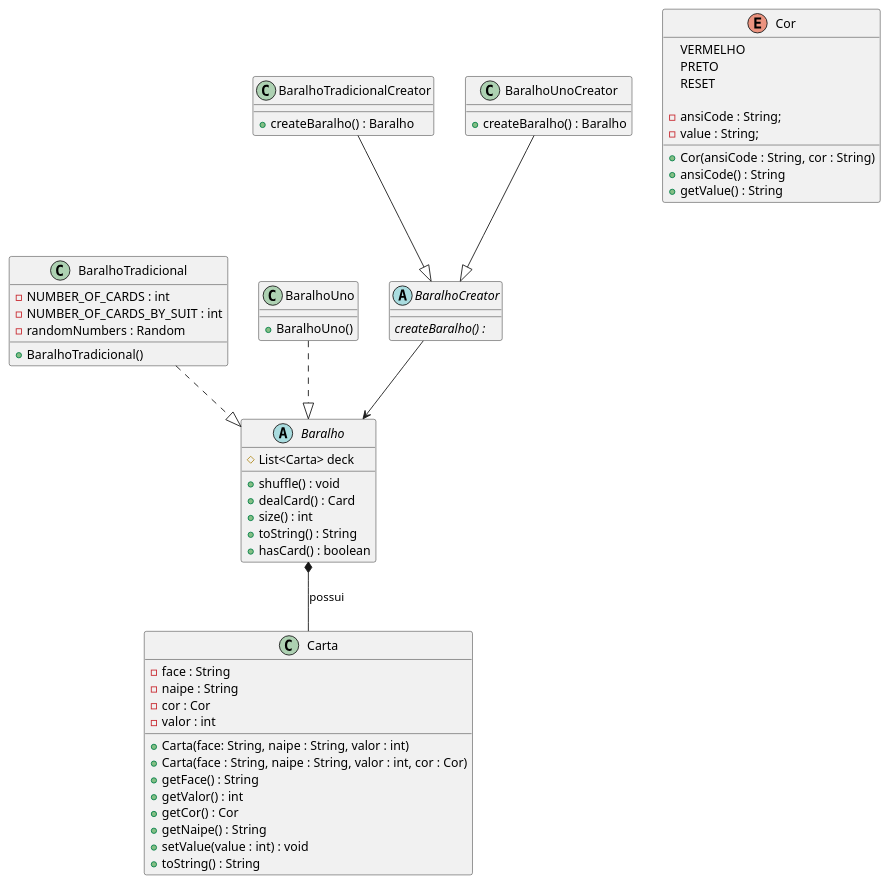
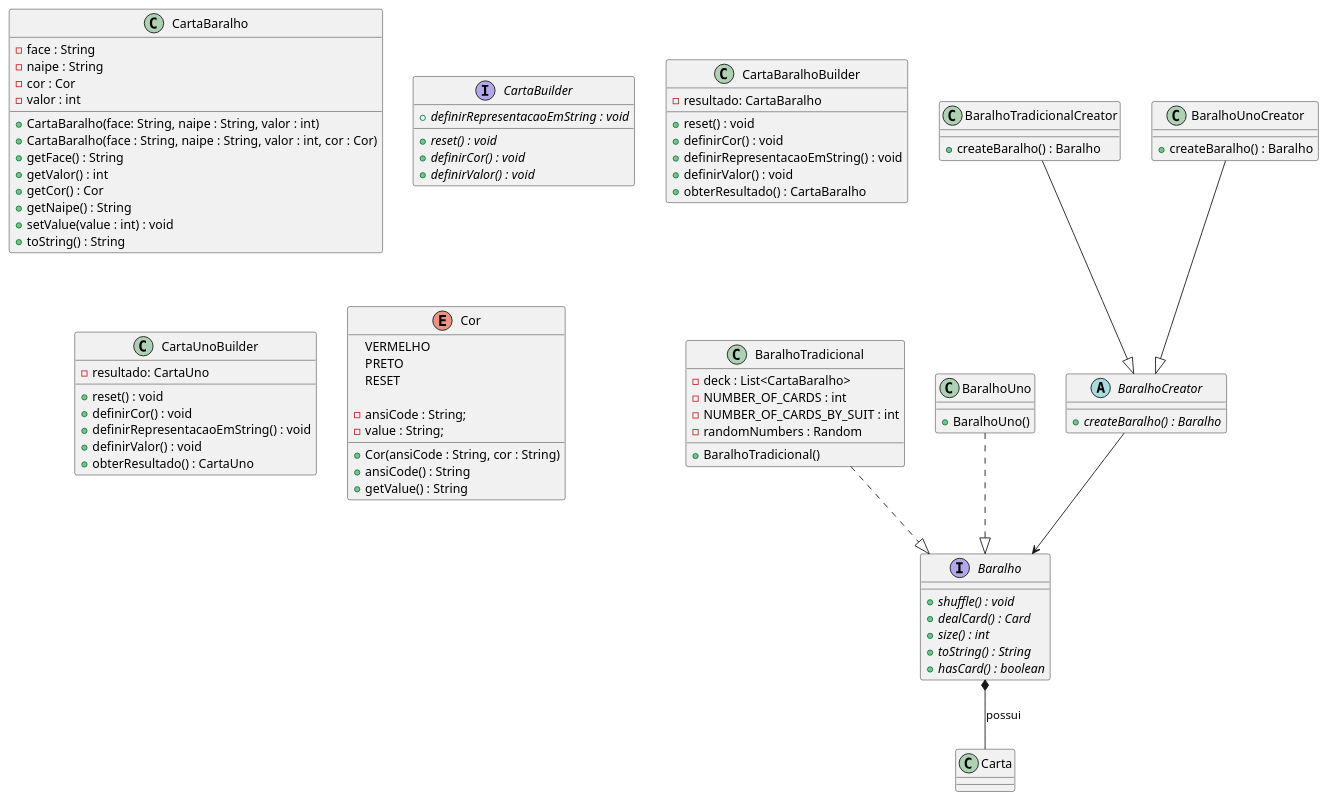
Before and after one commit to yagocdj/Segunda-colaborativa-padroes: the diagram in docs/diagrama_com_factory.plantuml, drawn with PlantUML. The commit also changed 1 other file, not shown here.

Commit message:
feat: progredindo na criação do diagrama (implementando o padrão builder)

```diff
--- a/docs/diagrama_com_factory.plantuml
+++ b/docs/diagrama_com_factory.plantuml
@@ -1,89 +1,114 @@
 @startuml diagrama_com_factory
 
 '--------- Produto ---------------
-abstract class Baralho {
-    # List<Carta> deck
-
-    + shuffle() : void
-    + dealCard() : Card
-    + size() : int
-    + toString() : String
-    + hasCard() : boolean
+interface Baralho {
+    + {abstract} shuffle() : void
+    + {abstract} dealCard() : Card
+    + {abstract} size() : int
+    + {abstract} toString() : String
+    + {abstract} hasCard() : boolean
 }
 
 class BaralhoTradicional {
-    
+    - deck : List<CartaBaralho>
     - NUMBER_OF_CARDS : int
     - NUMBER_OF_CARDS_BY_SUIT : int
     - randomNumbers : Random
 
     + BaralhoTradicional()
 }
 
 class BaralhoUno {
     + BaralhoUno()
 
 }
 
 '------------------------------
 
 '------------Creator-----------
 
 abstract class BaralhoCreator {
-    {abstract} createBaralho() : 
+    + {abstract} createBaralho() : Baralho
 }
 
 class BaralhoTradicionalCreator {
     + createBaralho() : Baralho
 }
 
 class BaralhoUnoCreator {
     + createBaralho() : Baralho
 }
 
 '-------------------------------
 
 '------------Carta--------------
-class Carta {
+class CartaBaralho {
     - face : String
     - naipe : String
     - cor : Cor
     - valor : int
 
-    + Carta(face: String, naipe : String, valor : int)
-    + Carta(face : String, naipe : String, valor : int, cor : Cor)
+    + CartaBaralho(face: String, naipe : String, valor : int)
+    + CartaBaralho(face : String, naipe : String, valor : int, cor : Cor)
     + getFace() : String
     + getValor() : int
     + getCor() : Cor
     + getNaipe() : String
     + setValue(value : int) : void
     + toString() : String
+}
+
+interface CartaBuilder {
+    + {abstract} reset() : void
+    + {abstract} definirCor() : void
+    + {abstract} definirRepresentacaoEmString : void
+    + {abstract} definirValor() : void
+}
+
+class CartaBaralhoBuilder {
+    - resultado: CartaBaralho
+    
+    + reset() : void
+    + definirCor() : void
+    + definirRepresentacaoEmString() : void
+    + definirValor() : void
+    + obterResultado() : CartaBaralho
+}
+
+class CartaUnoBuilder {
+    - resultado: CartaUno
+    
+    + reset() : void
+    + definirCor() : void
+    + definirRepresentacaoEmString() : void
+    + definirValor() : void
+    + obterResultado() : CartaUno
 }
 
 enum Cor {
 	VERMELHO
 	PRETO
 	RESET
 	
 	- ansiCode : String;
 	- value : String;
 
 	+ Cor(ansiCode : String, cor : String)
 	+ ansiCode() : String
 	+ getValue() : String
 }
 
 '--------------------------------------------------
 
 
 BaralhoTradicional ..|> Baralho
 BaralhoUno ..|> Baralho
 
 BaralhoTradicionalCreator --|> BaralhoCreator
 BaralhoUnoCreator --|> BaralhoCreator
 
 BaralhoCreator --> Baralho
 
 Baralho *-- Carta : "possui"
 
 @enduml
```
